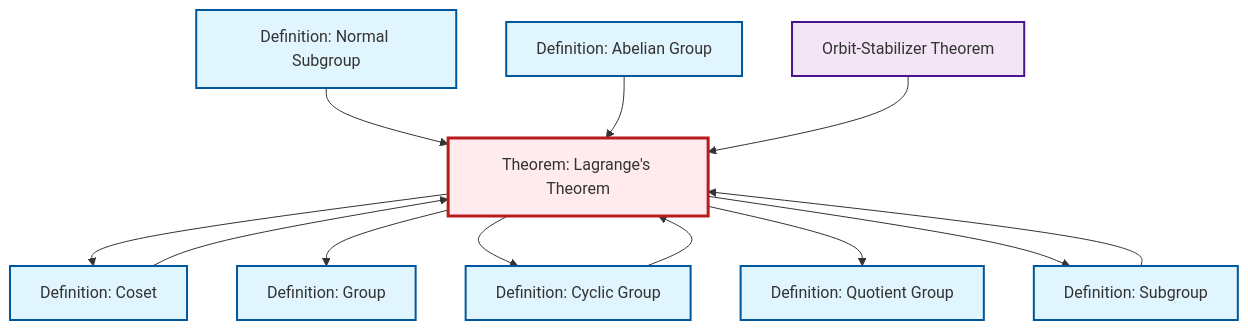
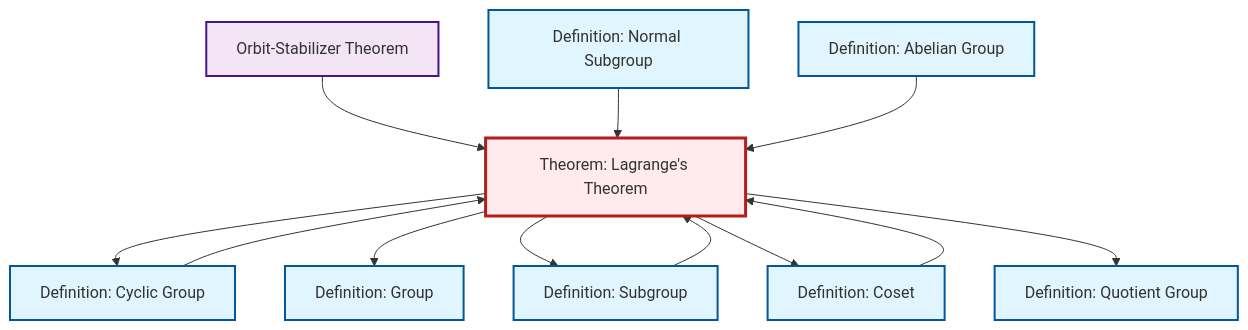
The diagram in content/en/algebra/thm-lagrange.qmd (RK0429/ModernMath), drawn with Mermaid before and after one commit. The commit also changed other lines of this file and 360 other files, not shown here.

````diff
--- a/content/en/algebra/thm-lagrange.qmd
+++ b/content/en/algebra/thm-lagrange.qmd
@@ -49,38 +49,38 @@
 ```{mermaid}
 %%| fig-cap: "Local dependency graph"
 graph TD
     classDef definition fill:#e1f5fe,stroke:#01579b,stroke-width:2px
     classDef theorem fill:#f3e5f5,stroke:#4a148c,stroke-width:2px
     classDef axiom fill:#fff3e0,stroke:#e65100,stroke-width:2px
     classDef example fill:#e8f5e9,stroke:#1b5e20,stroke-width:2px
     classDef current fill:#ffebee,stroke:#b71c1c,stroke-width:3px
+    def-quotient-group["Definition: Quotient Group"]:::definition
+    def-normal-subgroup["Definition: Normal Subgroup"]:::definition
+    thm-orbit-stabilizer["Orbit-Stabilizer Theorem"]:::theorem
     def-abelian-group["Definition: Abelian Group"]:::definition
+    thm-lagrange["Theorem: Lagrange's Theorem"]:::theorem
+    def-coset["Definition: Coset"]:::definition
     def-cyclic-group["Definition: Cyclic Group"]:::definition
-    def-normal-subgroup["Definition: Normal Subgroup"]:::definition
+    def-group["Definition: Group"]:::definition
     def-subgroup["Definition: Subgroup"]:::definition
-    def-coset["Definition: Coset"]:::definition
-    def-group["Definition: Group"]:::definition
-    thm-orbit-stabilizer["Orbit-Stabilizer Theorem"]:::theorem
-    thm-lagrange["Theorem: Lagrange's Theorem"]:::theorem
-    def-quotient-group["Definition: Quotient Group"]:::definition
-    thm-lagrange --> def-coset
-    thm-lagrange --> def-group
-    def-coset --> thm-lagrange
     thm-lagrange --> def-cyclic-group
-    def-normal-subgroup --> thm-lagrange
-    thm-lagrange --> def-quotient-group
-    def-subgroup --> thm-lagrange
-    def-abelian-group --> thm-lagrange
-    thm-lagrange --> def-subgroup
     def-cyclic-group --> thm-lagrange
     thm-orbit-stabilizer --> thm-lagrange
+    def-normal-subgroup --> thm-lagrange
+    thm-lagrange --> def-group
+    thm-lagrange --> def-subgroup
+    thm-lagrange --> def-coset
+    def-abelian-group --> thm-lagrange
+    thm-lagrange --> def-quotient-group
+    def-coset --> thm-lagrange
+    def-subgroup --> thm-lagrange
     class thm-lagrange current
+    click def-quotient-group "def-quotient-group.html" "Go to Quotient Group definition"
+    click def-normal-subgroup "def-normal-subgroup.html" "Go to Normal Subgroup definition"
+    click thm-orbit-stabilizer "thm-orbit-stabilizer.html" "Go to Orbit-Stabilizer Theorem"
     click def-abelian-group "def-abelian-group.html" "Go to Abelian Group definition"
+    click def-coset "def-coset.html" "Go to Coset definition"
     click def-cyclic-group "def-cyclic-group.html" "Go to Cyclic Group definition"
-    click def-normal-subgroup "def-normal-subgroup.html" "Go to Normal Subgroup definition"
+    click def-group "def-group.html" "Go to Group definition"
     click def-subgroup "def-subgroup.html" "Go to Subgroup definition"
-    click def-coset "def-coset.html" "Go to Coset definition"
-    click def-group "def-group.html" "Go to Group definition"
-    click thm-orbit-stabilizer "thm-orbit-stabilizer.html" "Go to Orbit-Stabilizer Theorem"
-    click def-quotient-group "def-quotient-group.html" "Go to Quotient Group definition"
 ```
````
